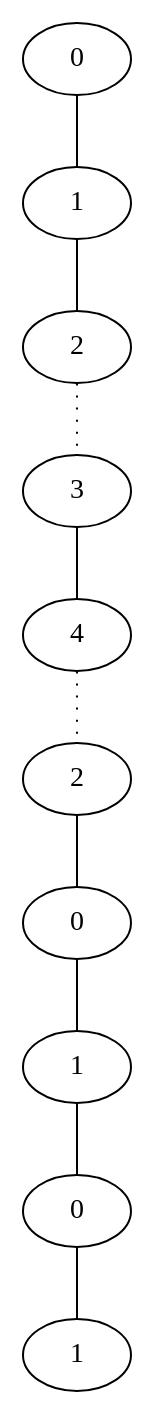
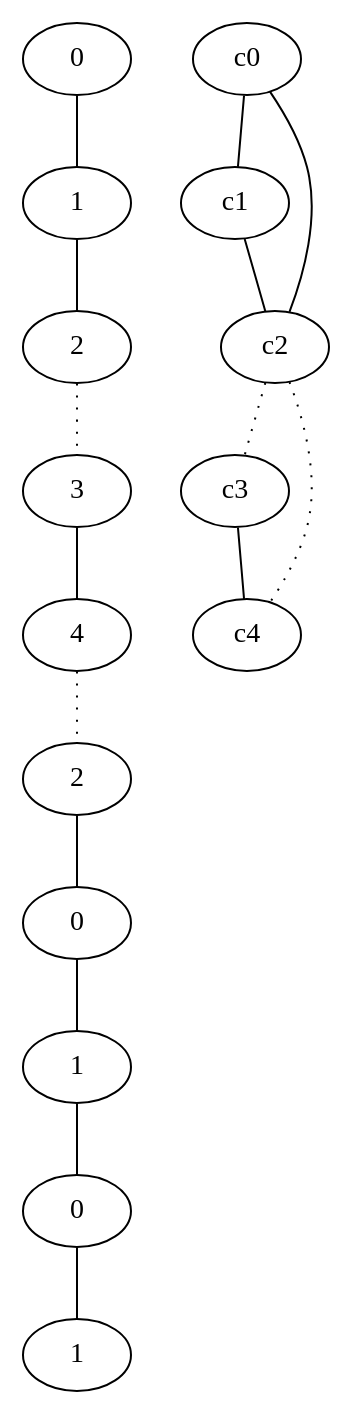
The diagram in TestPathsfactorised/result/dot/path_10_5_tc.dot (d1laj/Stage-M2), drawn with Graphviz before and after one commit. The commit also changed 7499 other files, not shown here.

```diff
--- a/TestPathsfactorised/result/dot/path_10_5_tc.dot
+++ b/TestPathsfactorised/result/dot/path_10_5_tc.dot
@@ -1,21 +1,27 @@
 graph {
 a0[label=0];
 a1[label=1];
 a2[label=2];
 a3[label=3];
 a4[label=4];
 a5[label=2];
 a6[label=0];
 a7[label=1];
 a8[label=0];
 a9[label=1];
 a0 -- a1;
 a1 -- a2;
 a2 -- a3 [style=dotted];
 a3 -- a4;
 a4 -- a5 [style=dotted];
 a5 -- a6;
 a6 -- a7;
 a7 -- a8;
 a8 -- a9;
+c0 -- c1;
+c0 -- c2;
+c1 -- c2;
+c2 -- c3 [style=dotted];
+c2 -- c4 [style=dotted];
+c3 -- c4;
 }
```
